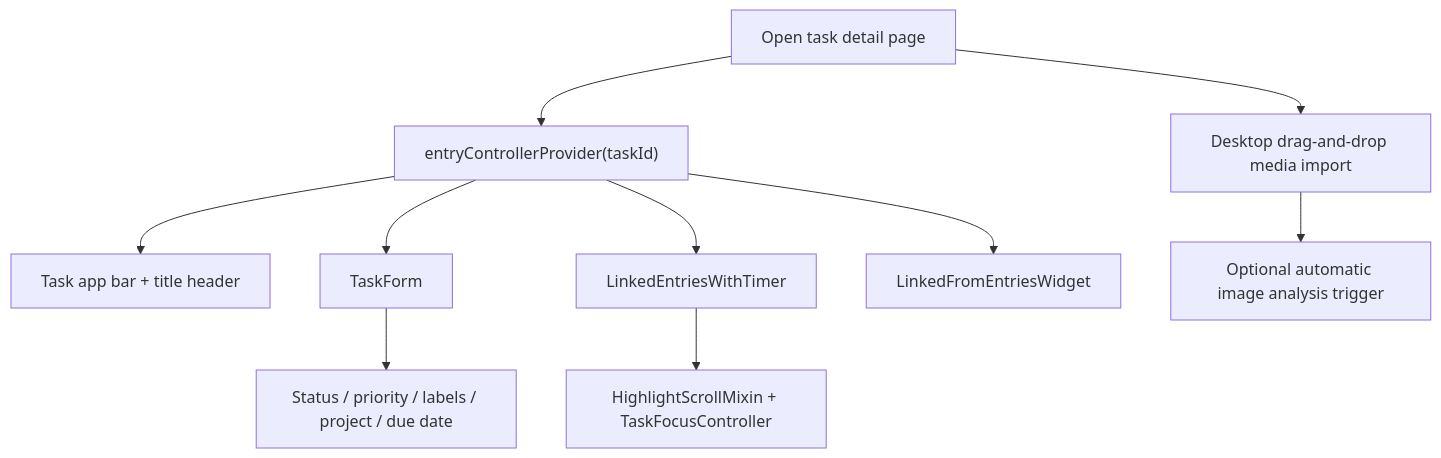
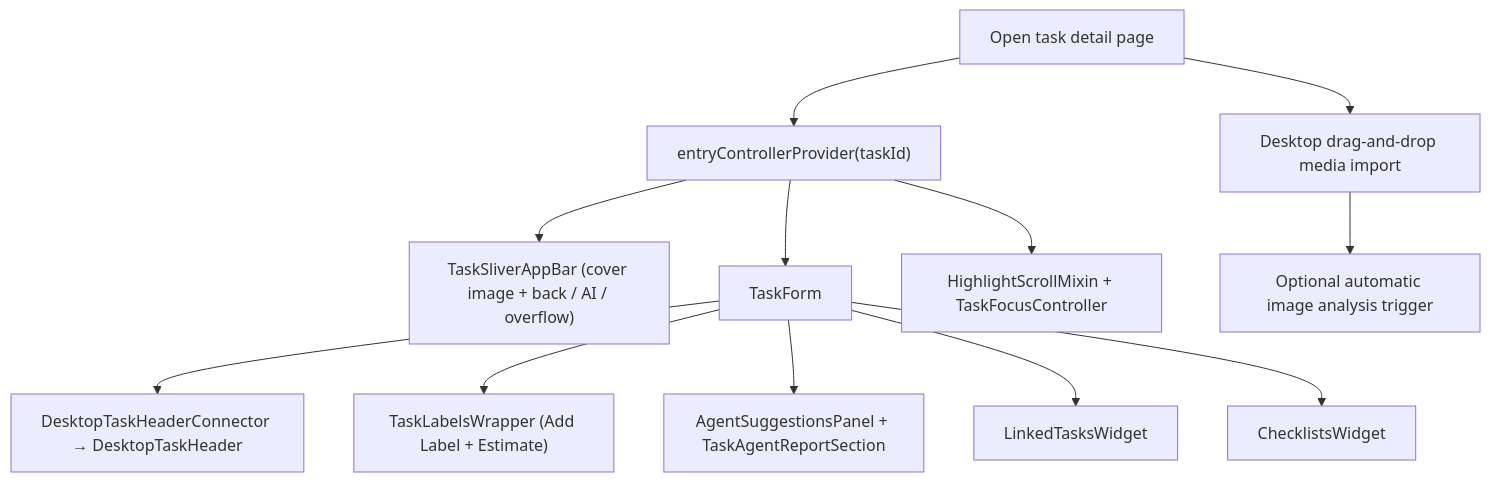
The third of 10 diagrams in lib/features/tasks/README.md (matthiasn/lotti), drawn with Mermaid before and after one commit. The commit also changed other lines of this file and 44 other files, not shown here.

Commit message:
feat: new task header

````diff
--- a/lib/features/tasks/README.md
+++ b/lib/features/tasks/README.md
@@ -145,12 +144,14 @@
 ```mermaid
 flowchart TD
   Open["Open task detail page"] --> Load["entryControllerProvider(taskId)"]
-  Load --> Header["Task app bar + title header"]
+  Load --> AppBar["TaskSliverAppBar (cover image + back / AI / overflow)"]
   Load --> Form["TaskForm"]
-  Load --> Linked["LinkedEntriesWithTimer"]
-  Load --> LinkedFrom["LinkedFromEntriesWidget"]
-  Linked --> Focus["HighlightScrollMixin + TaskFocusController"]
-  Form --> HeaderControls["Status / priority / labels / project / due date"]
+  Form --> Header["DesktopTaskHeaderConnector → DesktopTaskHeader"]
+  Form --> Labels["TaskLabelsWrapper (Add Label + Estimate)"]
+  Form --> Agents["AgentSuggestionsPanel + TaskAgentReportSection"]
+  Form --> Linked["LinkedTasksWidget"]
+  Form --> Checklists["ChecklistsWidget"]
+  Load --> Focus["HighlightScrollMixin + TaskFocusController"]
   Open --> Drop["Desktop drag-and-drop media import"]
   Drop --> ImageAnalysis["Optional automatic image analysis trigger"]
 ```
````
